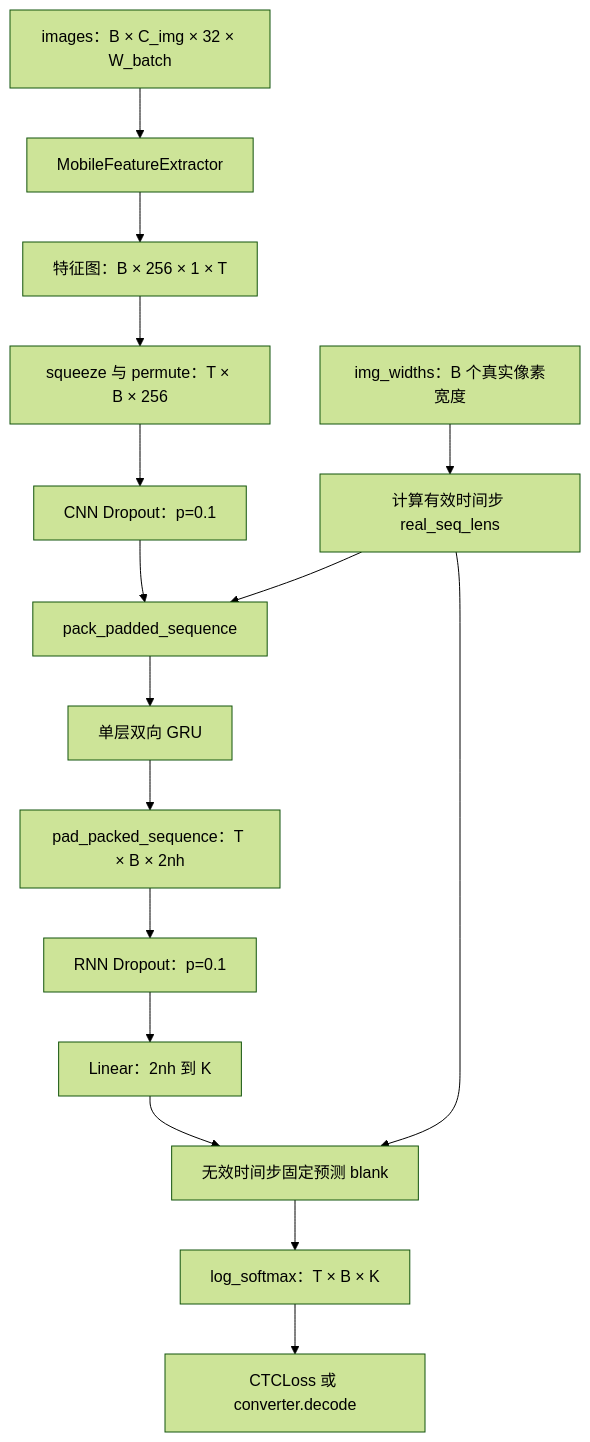
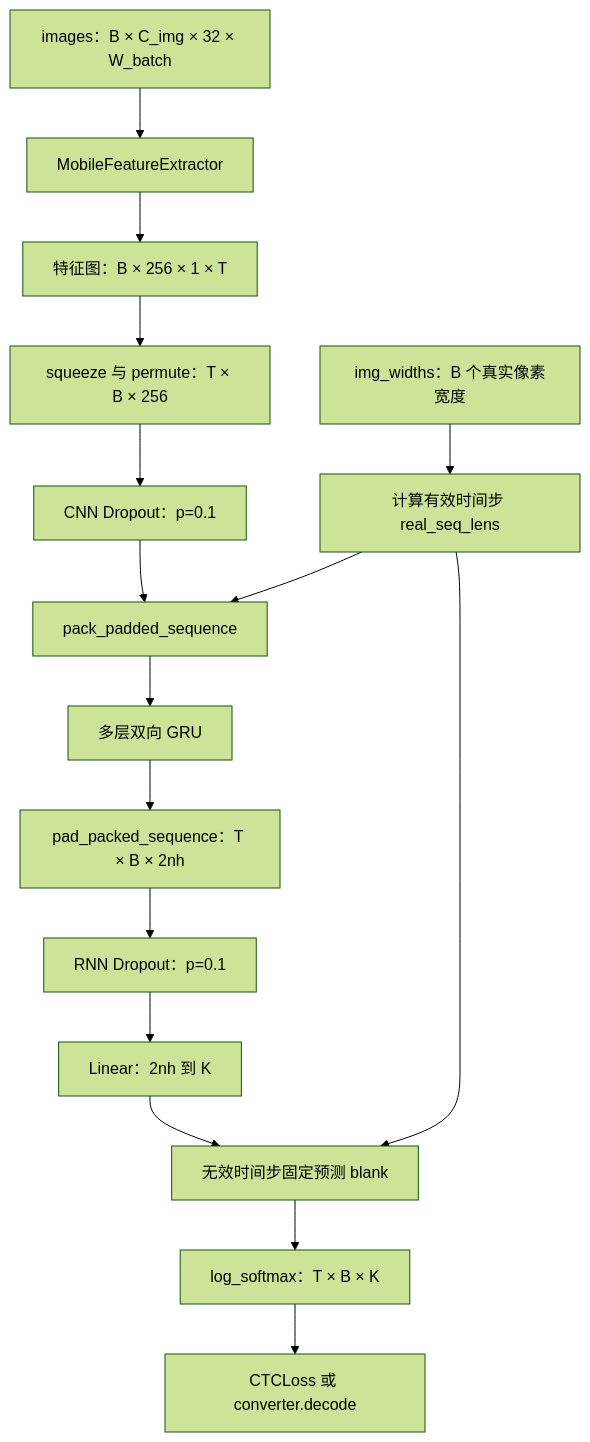
The first of 2 diagrams in docs/recogniton/guides/code-walkthrough/model-analysis.md (MAKENOTES/ocr-web), drawn with Mermaid (forest theme) before and after one commit. The commit also changed other lines of this file and 14 other files, not shown here.

````diff
--- a/docs/recogniton/guides/code-walkthrough/model-analysis.md
+++ b/docs/recogniton/guides/code-walkthrough/model-analysis.md
@@ -45,18 +45,18 @@
 ```mermaid
 flowchart TD
     I["images：B × C_img × 32 × W_batch"] --> CNN["MobileFeatureExtractor"]
     CNN --> F["特征图：B × 256 × 1 × T"]
     F --> S["squeeze 与 permute：T × B × 256"]
     S --> D1["CNN Dropout：p=0.1"]
     W["img_widths：B 个真实像素宽度"] --> LEN["计算有效时间步 real_seq_lens"]
     D1 --> PACK["pack_padded_sequence"]
     LEN --> PACK
-    PACK --> GRU["单层双向 GRU"]
+    PACK --> GRU["多层双向 GRU"]
     GRU --> UNPACK["pad_packed_sequence：T × B × 2nh"]
     UNPACK --> D2["RNN Dropout：p=0.1"]
     D2 --> FC["Linear：2nh 到 K"]
     FC --> MASK["无效时间步固定预测 blank"]
     LEN --> MASK
     MASK --> LOG["log_softmax：T × B × K"]
     LOG --> OUT["CTCLoss 或 converter.decode"]
 ```
````
